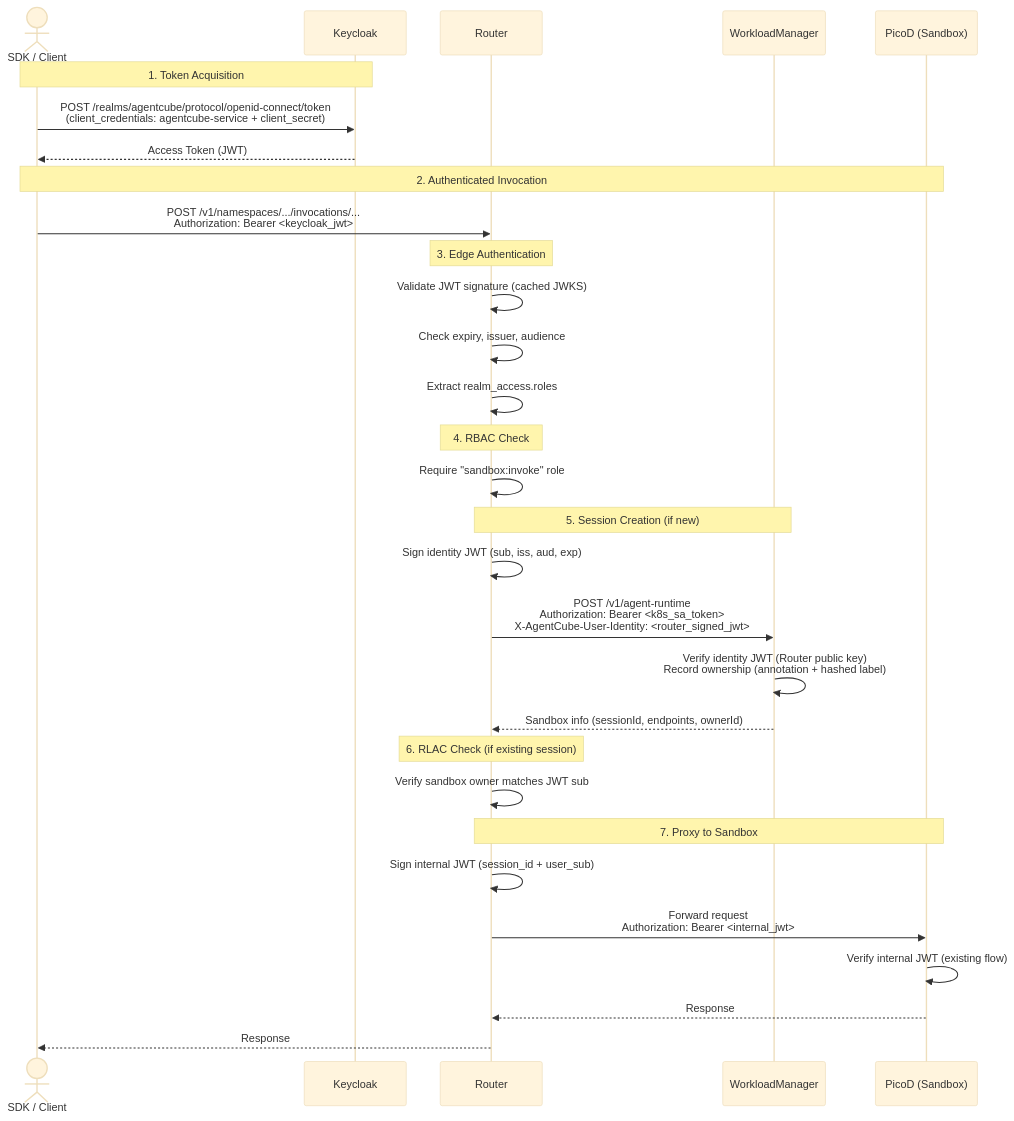
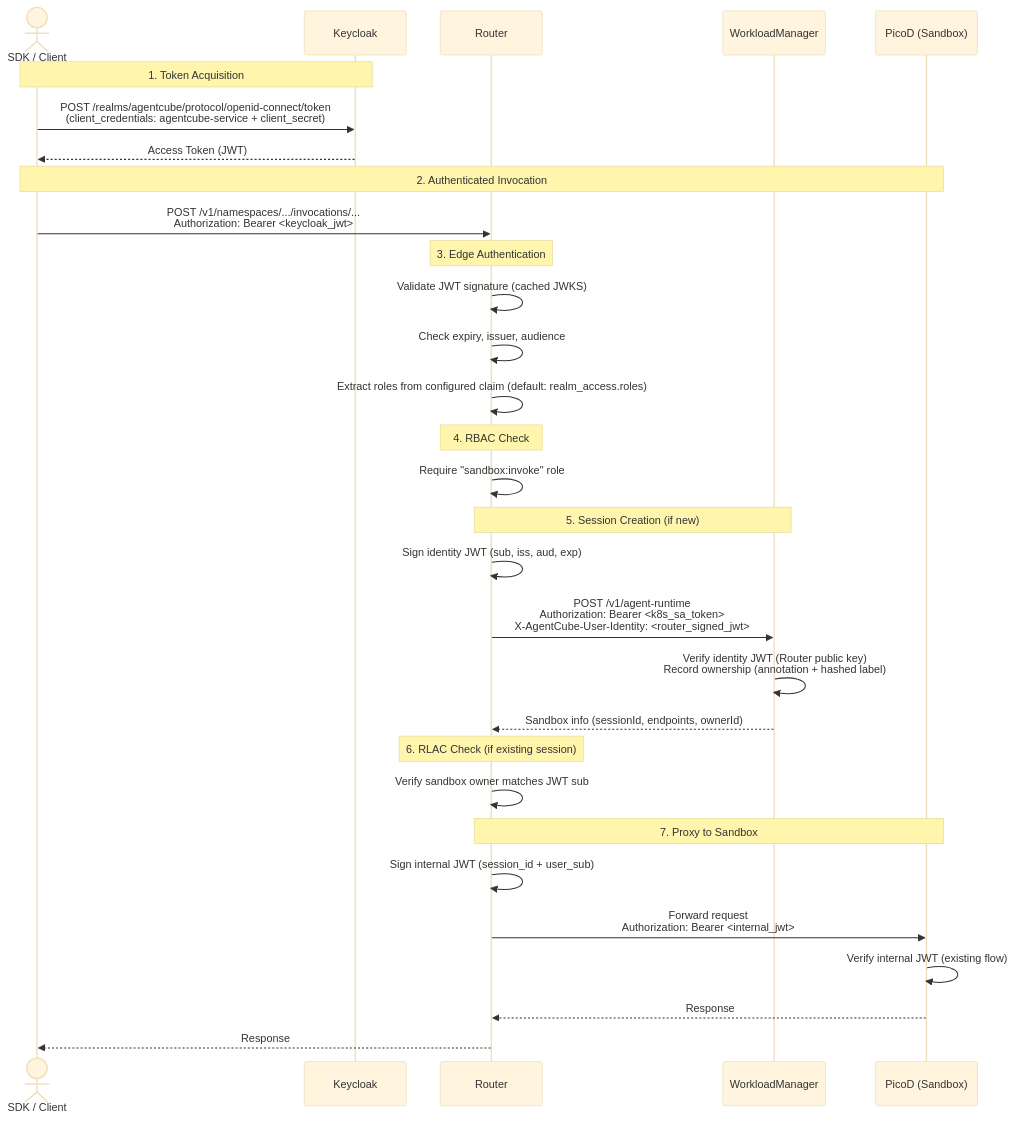
Before and after one commit to volcano-sh/agentcube: the diagram in docs/design/keycloak-proposal.md, drawn with Mermaid (base theme). The commit also changed other lines of this file and 9 other files, not shown here.

First line of the commit message:
refactor(helm): extracted Keycloak to addon chart and updated OIDC design

````diff
--- a/docs/design/keycloak-proposal.md
+++ b/docs/design/keycloak-proposal.md
@@ -22,39 +22,39 @@
 ```mermaid
 sequenceDiagram
     actor SDK as SDK / Client
     participant KC as Keycloak
     participant Router as Router
     participant WM as WorkloadManager
     participant PicoD as PicoD (Sandbox)
 
     Note over SDK, KC: 1. Token Acquisition
     SDK->>KC: POST /realms/agentcube/protocol/openid-connect/token<br/>(client_credentials: agentcube-service + client_secret)
     KC-->>SDK: Access Token (JWT)
 
     Note over SDK, PicoD: 2. Authenticated Invocation
     SDK->>Router: POST /v1/namespaces/.../invocations/...<br/>Authorization: Bearer <keycloak_jwt>
 
     Note over Router: 3. Edge Authentication
     Router->>Router: Validate JWT signature (cached JWKS)
     Router->>Router: Check expiry, issuer, audience
-    Router->>Router: Extract realm_access.roles
+    Router->>Router: Extract roles from configured claim (default: realm_access.roles)
 
     Note over Router: 4. RBAC Check
     Router->>Router: Require "sandbox:invoke" role
 
     Note over Router, WM: 5. Session Creation (if new)
     Router->>Router: Sign identity JWT (sub, iss, aud, exp)
     Router->>WM: POST /v1/agent-runtime<br/>Authorization: Bearer <k8s_sa_token><br/>X-AgentCube-User-Identity: <router_signed_jwt>
     WM->>WM: Verify identity JWT (Router public key)<br/>Record ownership (annotation + hashed label)
     WM-->>Router: Sandbox info (sessionId, endpoints, ownerId)
 
     Note over Router: 6. RLAC Check (if existing session)
     Router->>Router: Verify sandbox owner matches JWT sub
 
     Note over Router, PicoD: 7. Proxy to Sandbox
     Router->>Router: Sign internal JWT (session_id + user_sub)
     Router->>PicoD: Forward request<br/>Authorization: Bearer <internal_jwt>
     PicoD->>PicoD: Verify internal JWT (existing flow)
     PicoD-->>Router: Response
     Router-->>SDK: Response
 ```
````
